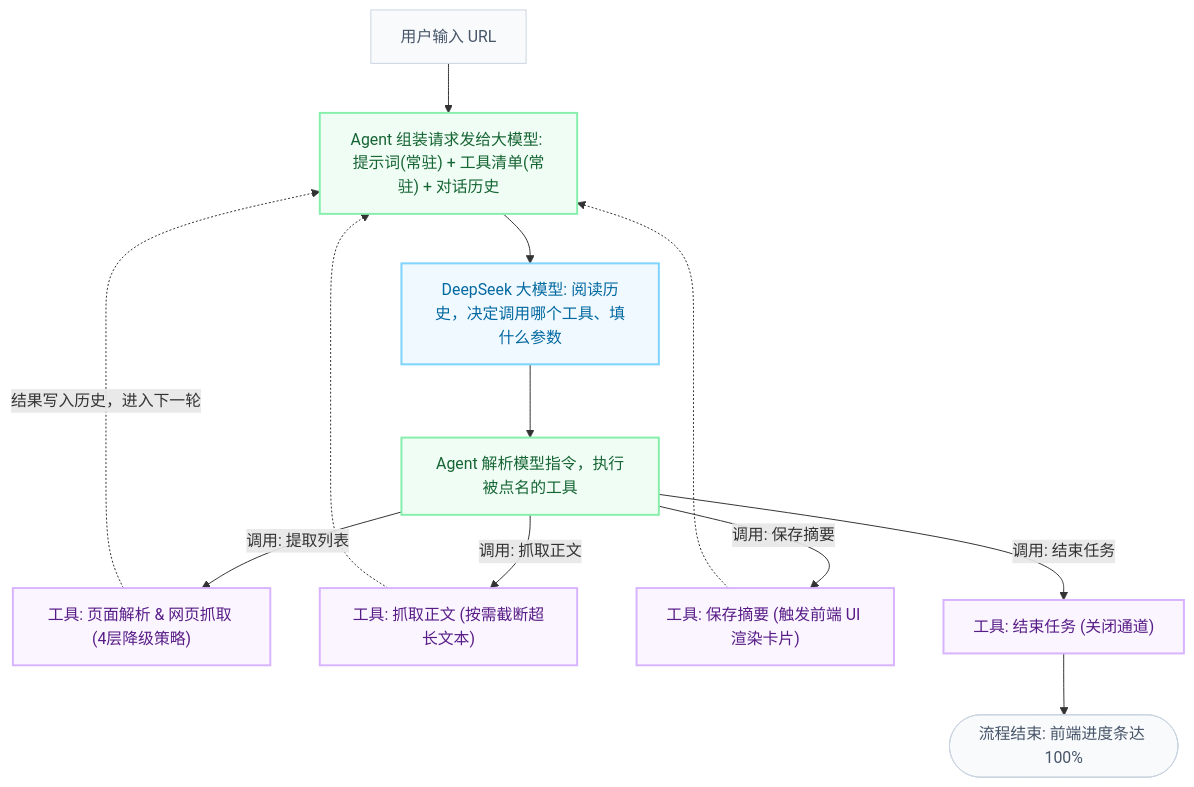
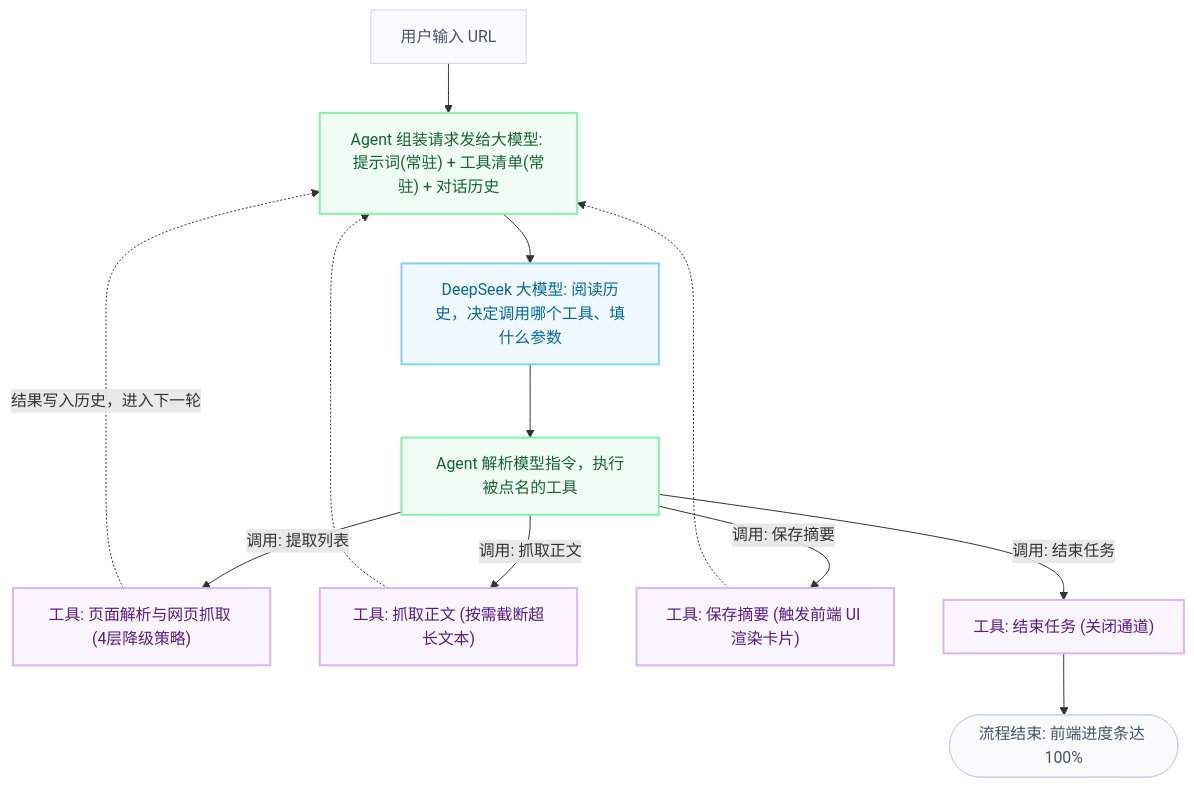
The diagram in README.md (czxdwxh133-droid/zuopingji-0517), drawn with Mermaid before and after one commit.

Commit message:
修复 Mermaid 流程图 & 符号导致 GitHub 不渲染

````diff
--- a/README.md
+++ b/README.md
@@ -35,62 +35,62 @@
 ```mermaid
 graph TD
     %% =======================================
     %% 1. 定义节点内容 (纯净双引号包裹)
     %% =======================================
     User["用户输入 URL"]
     
     %% 核心中枢
     AgentState["Agent 组装请求发给大模型: 提示词(常驻) + 工具清单(常驻) + 对话历史"]
     LLM["DeepSeek 大模型: 阅读历史，决定调用哪个工具、填什么参数"]
     AgentAction["Agent 解析模型指令，执行被点名的工具"]
     
     %% 具体的工具集
-    ToolParse["工具: 页面解析 & 网页抓取 (4层降级策略)"]
+    ToolParse["工具: 页面解析与网页抓取 (4层降级策略)"]
     ToolFetch["工具: 抓取正文 (按需截断超长文本)"]
     ToolSave["工具: 保存摘要 (触发前端 UI 渲染卡片)"]
     ToolEnd["工具: 结束任务 (关闭通道)"]
     
     End(["流程结束: 前端进度条达 100%"])
 
     %% =======================================
     %% 2. 定义执行流 (主干直线，循环靠侧边虚线)
     %% =======================================
     User --> AgentState
     AgentState --> LLM
     LLM --> AgentAction
     
     %% Agent 分发到具体工具
     AgentAction --> |"调用: 提取列表"| ToolParse
     AgentAction --> |"调用: 抓取正文"| ToolFetch
     AgentAction --> |"调用: 保存摘要"| ToolSave
     AgentAction --> |"调用: 结束任务"| ToolEnd
     
     %% =======================================
     %% 3. 核心精髓：状态写回与循环反馈 (对应截图左侧虚线)
     %% =======================================
     ToolParse -.-> |"结果写入历史，进入下一轮"| AgentState
     ToolFetch -.-> AgentState
     ToolSave -.-> AgentState
     
     %% 结束分支跳出循环
     ToolEnd --> End
 
     %% =======================================
     %% 4. 清新脱俗的极简配色 (低饱和度浅色底 + 雅致边框)
     %% =======================================
     
     %% 用户/结束 (淡雅灰白)
     classDef baseStyle fill:#F8FAFC,stroke:#CBD5E1,stroke-width:1px,color:#475569
     %% Agent 状态/执行 (清透薄荷绿)
     classDef agentStyle fill:#F0FDF4,stroke:#86EFAC,stroke-width:2px,color:#166534
     %% 大模型 (静谧海蓝)
     classDef llmStyle fill:#F0F9FF,stroke:#7DD3FC,stroke-width:2px,color:#0369A1
     %% 工具层 (柔和香芋紫)
     classDef toolStyle fill:#FAF5FF,stroke:#D8B4FE,stroke-width:2px,color:#581C87
 
     %% 应用样式
     class User,End baseStyle
     class AgentState,AgentAction agentStyle
     class LLM llmStyle
     class ToolParse,ToolFetch,ToolSave,ToolEnd toolStyle
 ```
````
